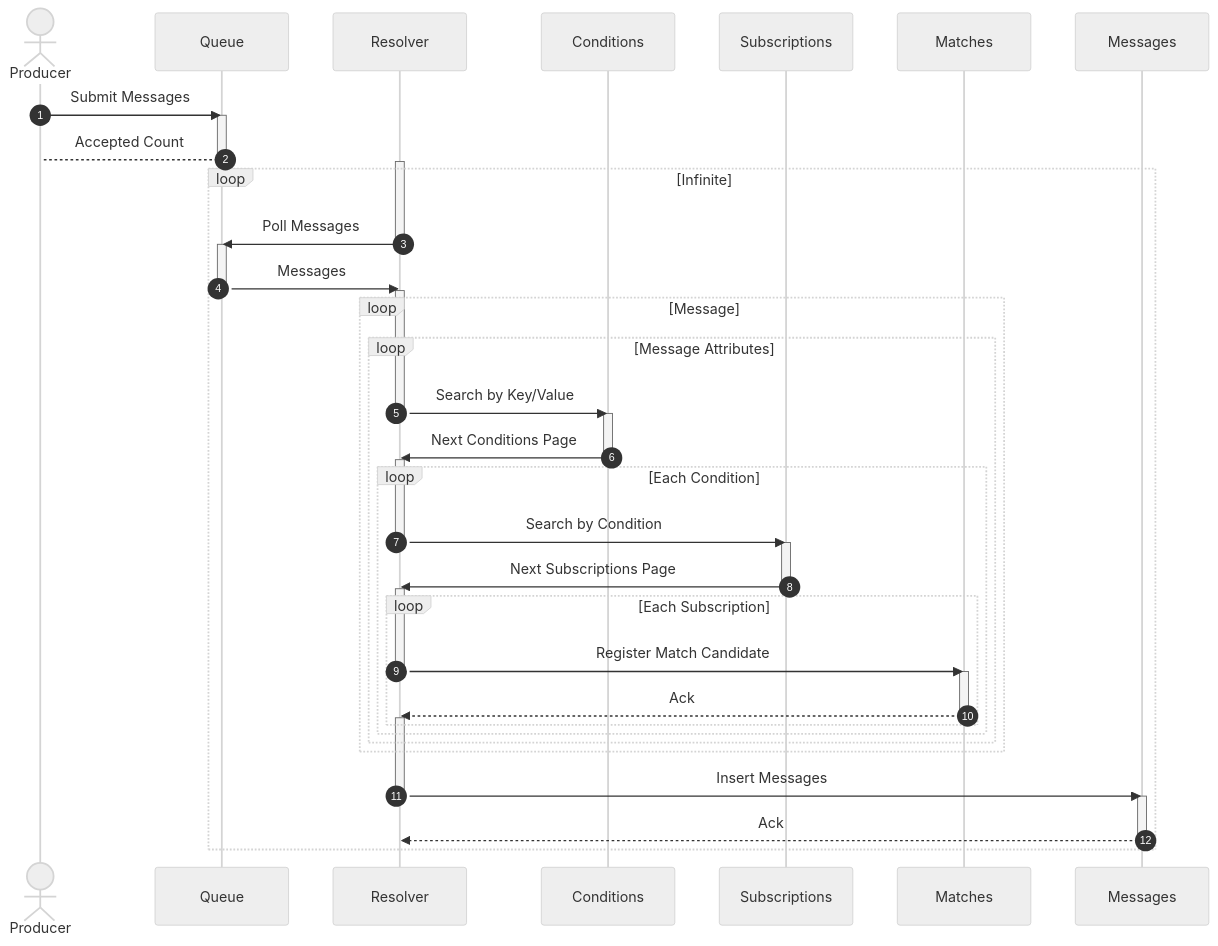
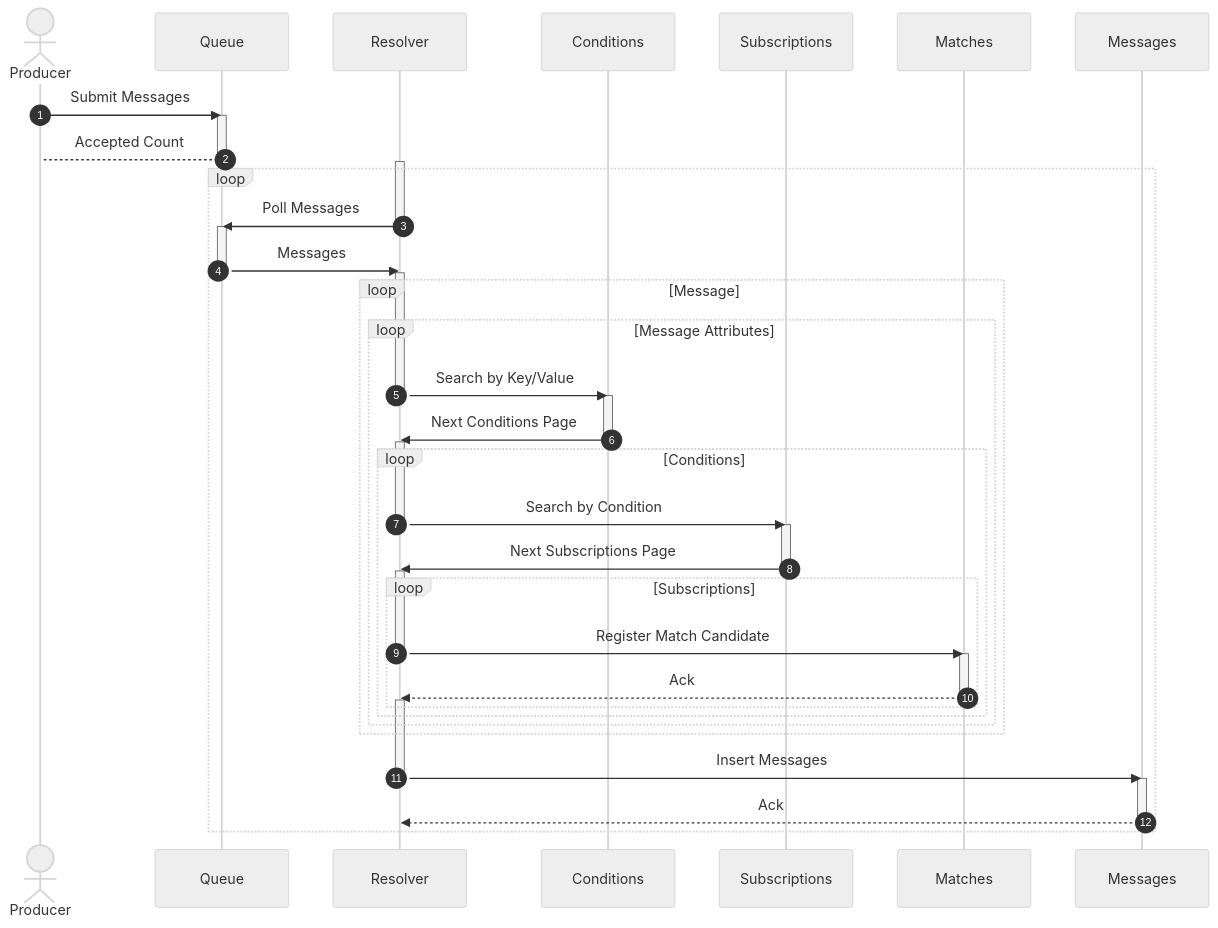
Before and after one commit to awakari/.github: the first of 2 diagrams in profile/README.md, drawn with Mermaid. The commit also changed other lines of this file, not shown here.

Commit message:
readme update

````diff
--- a/profile/README.md
+++ b/profile/README.md
@@ -121,77 +121,78 @@
 ```mermaid
 %%{init: {'theme': 'neutral' } }%%
 sequenceDiagram
 
     autonumber
 
     actor Producer
     participant Queue
     participant Resolver
     participant Conditions
     participant Subscriptions
     participant Matches
     participant Messages
 
     Producer->>Queue: Submit Messages
     activate Queue
     Queue-->Producer: Accepted Count
     deactivate Queue
     
     activate Resolver
-    loop Infinite
+    loop
     
         Resolver->>Queue: Poll Messages
         deactivate Resolver
         
         activate Queue
         Queue->>Resolver: Messages
         deactivate Queue
     
         activate Resolver
         loop Message
         
             loop Message Attributes
             
                 Resolver->>Conditions: Search by Key/Value
                 deactivate Resolver
                 
                 activate Conditions
                 Conditions->>Resolver: Next Conditions Page
                 deactivate Conditions
                 
                 activate Resolver
-                loop Each Condition
+                loop Conditions
                     
                     Resolver->>Subscriptions: Search by Condition
                     deactivate Resolver
                     
                     activate Subscriptions
                     Subscriptions->>Resolver: Next Subscriptions Page
                     deactivate Subscriptions
                     
                     activate Resolver
-                    loop Each Subscription
+                    loop Subscriptions
                         
                         Resolver->>Matches: Register Match Candidate
                         deactivate Resolver
                         
                         activate Matches
                         Matches-->>Resolver: Ack
                         deactivate Matches
                         
                         activate Resolver
                         
                     end
                 end
             end
         end
         
         Resolver->>Messages: Insert Messages
         deactivate Resolver
         
         activate Messages
         Messages-->>Resolver: Ack
         deactivate Messages
-                
+        
+        activate Resolver
     end
 ```
````
